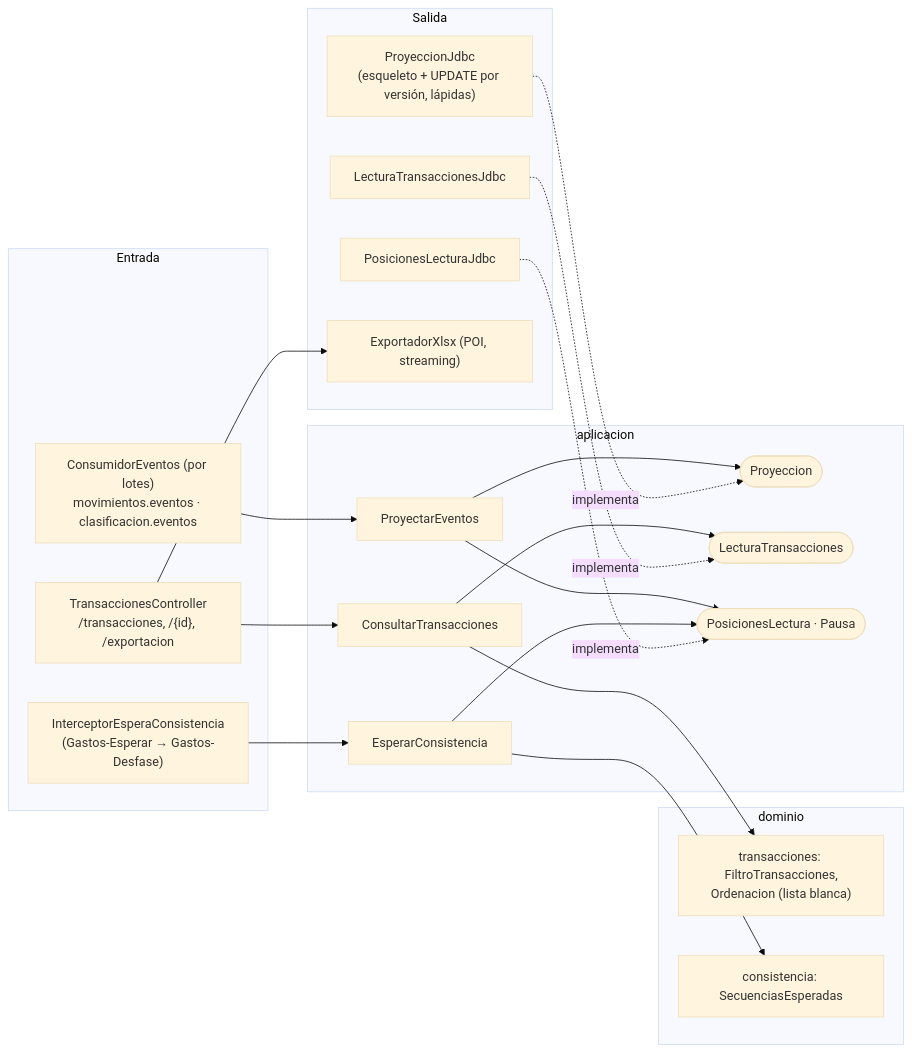
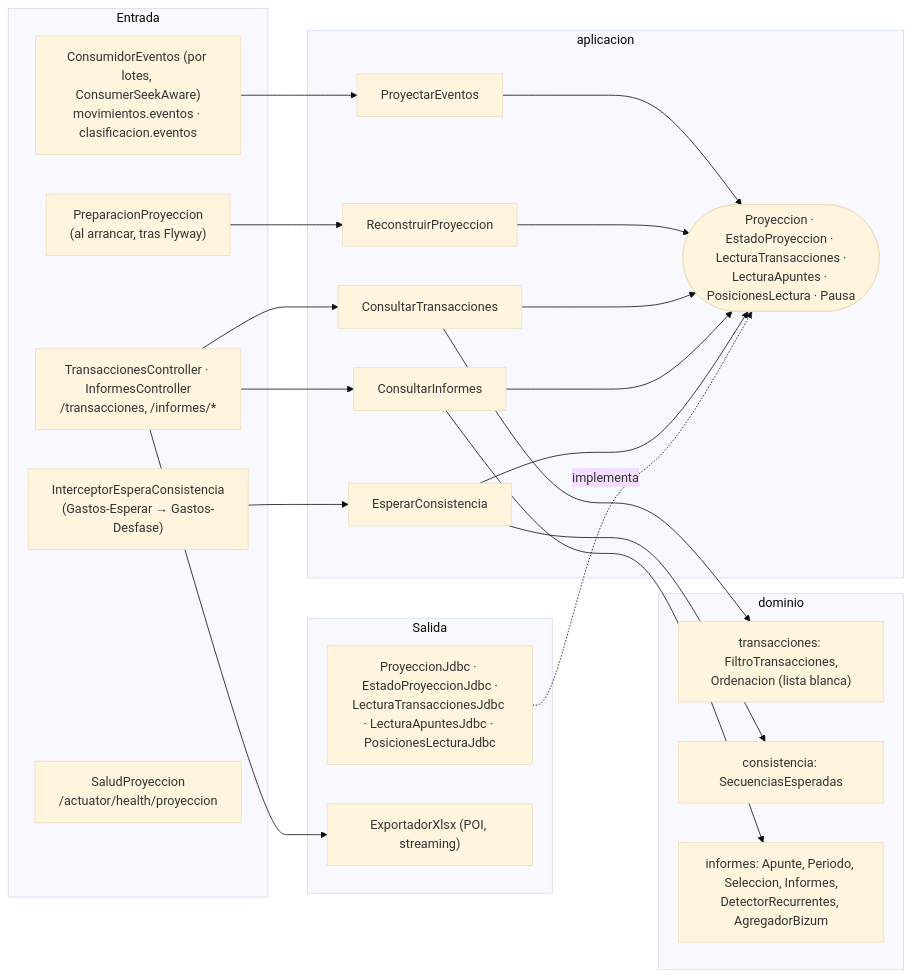
One commit to PelayoCdC/Gastos2 changed the seventh of 7 diagrams in docs/arquitectura/03-componentes-c4.md. Above: the diagram before and after it, drawn with Mermaid (base theme). The commit also changed other lines of this file and 33 other files, not shown here.

First line of the commit message:
F9: informes y analisis en consultas, y reconstruccion de la proyeccion

````diff
--- a/docs/arquitectura/03-componentes-c4.md
+++ b/docs/arquitectura/03-componentes-c4.md
@@ -249,36 +249,37 @@
 ```mermaid
 flowchart LR
     subgraph in [Entrada]
-        kafka["ConsumidorEventos (por lotes)<br/>movimientos.eventos · clasificacion.eventos"]
-        rest["TransaccionesController<br/>/transacciones, /{id}, /exportacion"]
+        kafka["ConsumidorEventos (por lotes, ConsumerSeekAware)<br/>movimientos.eventos · clasificacion.eventos"]
+        prep["PreparacionProyeccion<br/>(al arrancar, tras Flyway)"]
+        rest["TransaccionesController · InformesController<br/>/transacciones, /informes/*"]
         esp["InterceptorEsperaConsistencia<br/>(Gastos-Esperar → Gastos-Desfase)"]
+        salud["SaludProyeccion<br/>/actuator/health/proyeccion"]
     end
     subgraph app [aplicacion]
         pro["ProyectarEventos"]
+        rec["ReconstruirProyeccion"]
         con["ConsultarTransacciones"]
+        inf["ConsultarInformes"]
         ec["EsperarConsistencia"]
-        ppro(["Proyeccion"])
-        plec(["LecturaTransacciones"])
-        ppos(["PosicionesLectura · Pausa"])
+        puertos(["Proyeccion · EstadoProyeccion · LecturaTransacciones ·<br/>LecturaApuntes · PosicionesLectura · Pausa"])
     end
     subgraph dom [dominio]
         tr["transacciones: FiltroTransacciones,<br/>Ordenacion (lista blanca)"]
         cs["consistencia: SecuenciasEsperadas"]
+        im["informes: Apunte, Periodo, Seleccion, Informes,<br/>DetectorRecurrentes, AgregadorBizum"]
     end
     subgraph out [Salida]
-        pj["ProyeccionJdbc<br/>(esqueleto + UPDATE por versión, lápidas)"]
-        lj["LecturaTransaccionesJdbc"]
-        pl["PosicionesLecturaJdbc"]
+        jdbc["ProyeccionJdbc · EstadoProyeccionJdbc ·<br/>LecturaTransaccionesJdbc · LecturaApuntesJdbc · PosicionesLecturaJdbc"]
         xl["ExportadorXlsx (POI, streaming)"]
     end
     kafka --> pro
-    rest --> con
+    prep --> rec
+    rest --> con & inf
     rest --> xl
     esp --> ec
-    pro --> ppro & ppos
-    con --> tr & plec
-    ec --> cs & ppos
-    pj -. implementa .-> ppro
-    lj -. implementa .-> plec
-    pl -. implementa .-> ppos
+    con --> tr
+    inf --> im
+    ec --> cs
+    pro & rec & con & inf & ec --> puertos
+    jdbc -. implementa .-> puertos
 ```
````
